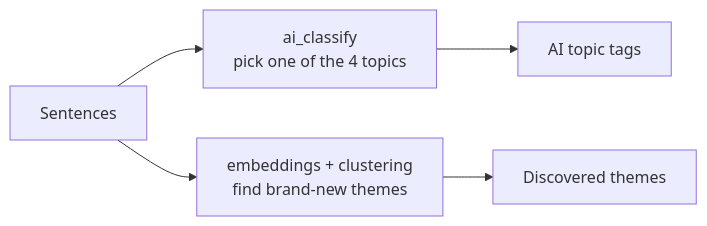
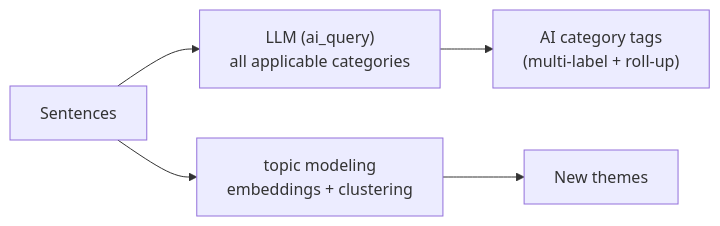
Before and after one commit to dariakrasavina/GM_VOC: the third of 5 diagrams in docs/ARCHITECTURE.md, drawn with Mermaid. The commit also changed other lines of this file and 24 other files, not shown here.

Commit message:
Rename to category/classification vocabulary; add multi-label ai_classify + hierarchy roll-up in both classifiers; update compare job and docs

````diff
--- a/docs/ARCHITECTURE.md
+++ b/docs/ARCHITECTURE.md
@@ -57,11 +66,11 @@
 ```mermaid
 flowchart LR
     IN["Sentences"]
-    CLASSIFY["ai_classify<br/>pick one of the 4 topics"]
-    DISCOVER["embeddings + clustering<br/>find brand-new themes"]
-    TAGS["AI topic tags"]
-    THEMES["Discovered themes"]
+    CLASSIFY["LLM (ai_query)<br/>all applicable categories"]
+    DISCOVER["topic modeling<br/>embeddings + clustering"]
+    TAGS["AI category tags<br/>(multi-label + roll-up)"]
+    THEMES["New themes"]
 
     IN --> CLASSIFY --> TAGS
     IN --> DISCOVER --> THEMES
 ```
````
